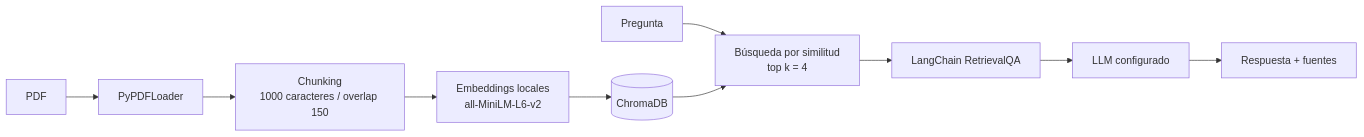
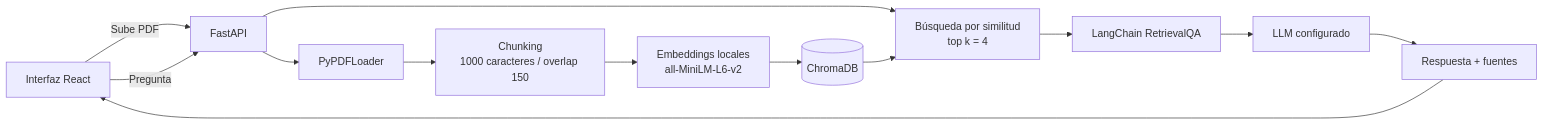
One commit to dmendez-paraguay/tech-ai-builder-challange-agente-rag changed the diagram in README.md. Above: the diagram before and after it, drawn with Mermaid. The commit also changed other lines of this file and 23 other files, not shown here.

````diff
--- a/README.md
+++ b/README.md
@@ -37,12 +53,15 @@
 ```mermaid
 flowchart LR
-    A[PDF] --> B[PyPDFLoader]
+    U[Interfaz React] -->|Sube PDF| A[FastAPI]
+    U -->|Pregunta| A
+    A --> B[PyPDFLoader]
     B --> C[Chunking<br/>1000 caracteres / overlap 150]
     C --> D[Embeddings locales<br/>all-MiniLM-L6-v2]
     D --> E[(ChromaDB)]
-    Q[Pregunta] --> F[Búsqueda por similitud<br/>top k = 4]
+    A --> F[Búsqueda por similitud<br/>top k = 4]
     E --> F
     F --> G[LangChain RetrievalQA]
     G --> H[LLM configurado]
     H --> I[Respuesta + fuentes]
+    I --> U
 ```
````
